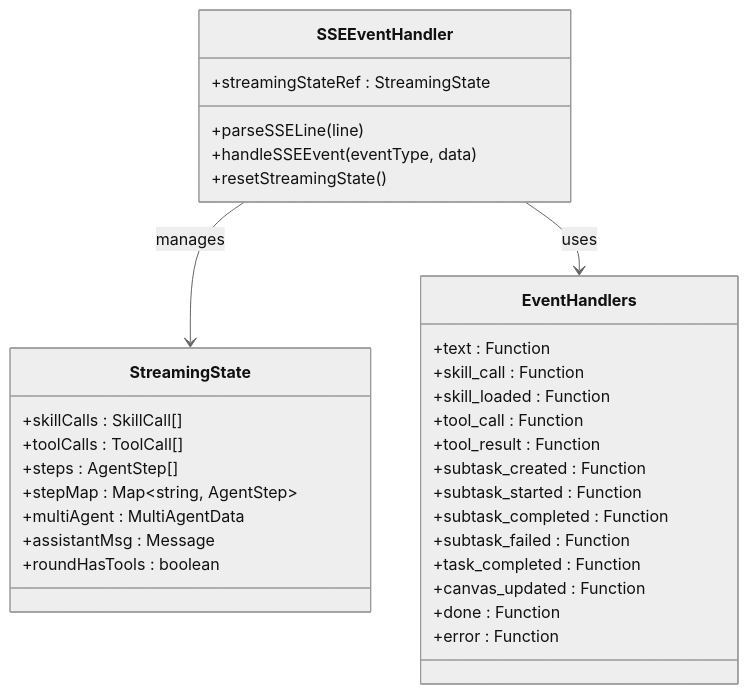
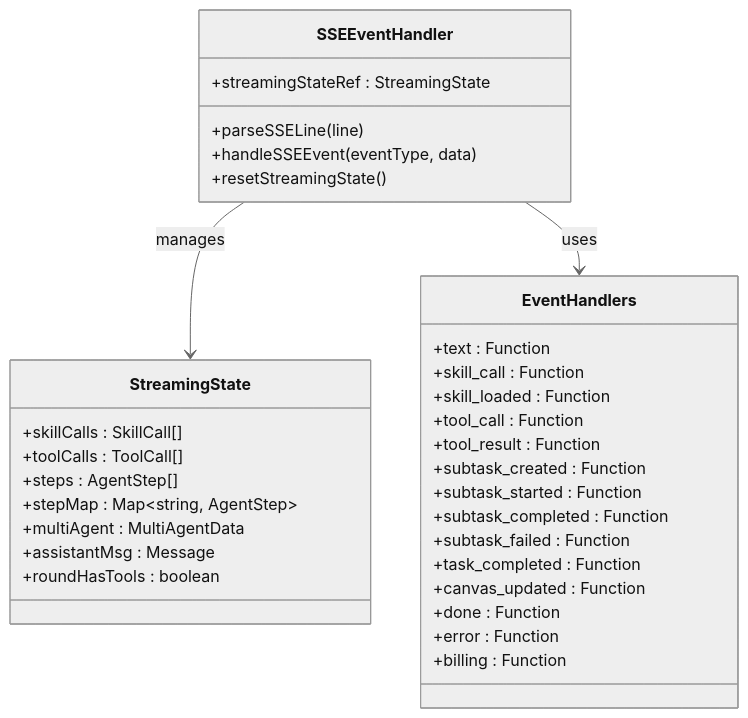
Before and after one commit to KunLabAI/KunFlix: the eighth of 18 diagrams in .qoder/repowiki/zh/content/前端开发指南/AI助手面板增强.md, drawn with Mermaid (neutral theme). The commit also changed other lines of this file and 27 other files, not shown here.

````diff
--- a/.qoder/repowiki/zh/content/前端开发指南/AI助手面板增强.md
+++ b/.qoder/repowiki/zh/content/前端开发指南/AI助手面板增强.md
@@ -374,35 +390,36 @@
 ```mermaid
 classDiagram
 class SSEEventHandler {
 +streamingStateRef : StreamingState
 +parseSSELine(line)
 +handleSSEEvent(eventType, data)
 +resetStreamingState()
 }
 class StreamingState {
 +skillCalls : SkillCall[]
 +toolCalls : ToolCall[]
 +steps : AgentStep[]
 +stepMap : Map~string, AgentStep~
 +multiAgent : MultiAgentData
 +assistantMsg : Message
 +roundHasTools : boolean
 }
 class EventHandlers {
 +text : Function
 +skill_call : Function
 +skill_loaded : Function
 +tool_call : Function
 +tool_result : Function
 +subtask_created : Function
 +subtask_started : Function
 +subtask_completed : Function
 +subtask_failed : Function
 +task_completed : Function
 +canvas_updated : Function
 +done : Function
 +error : Function
++billing : Function
 }
 SSEEventHandler --> StreamingState : manages
 SSEEventHandler --> EventHandlers : uses
 ```
````
